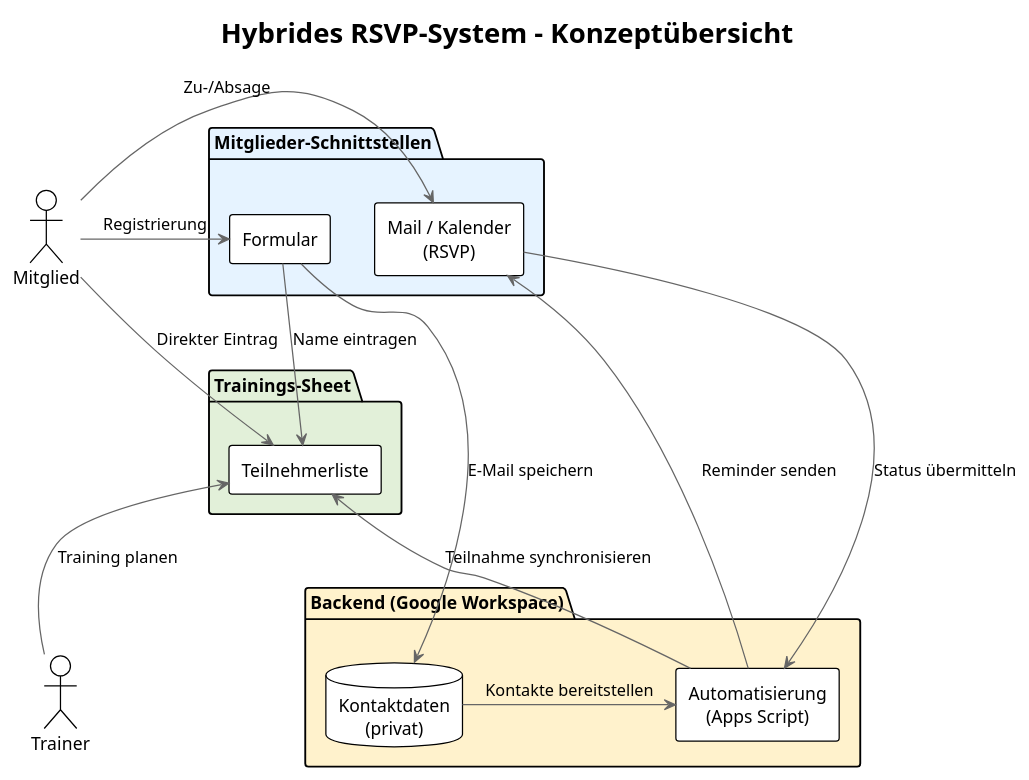
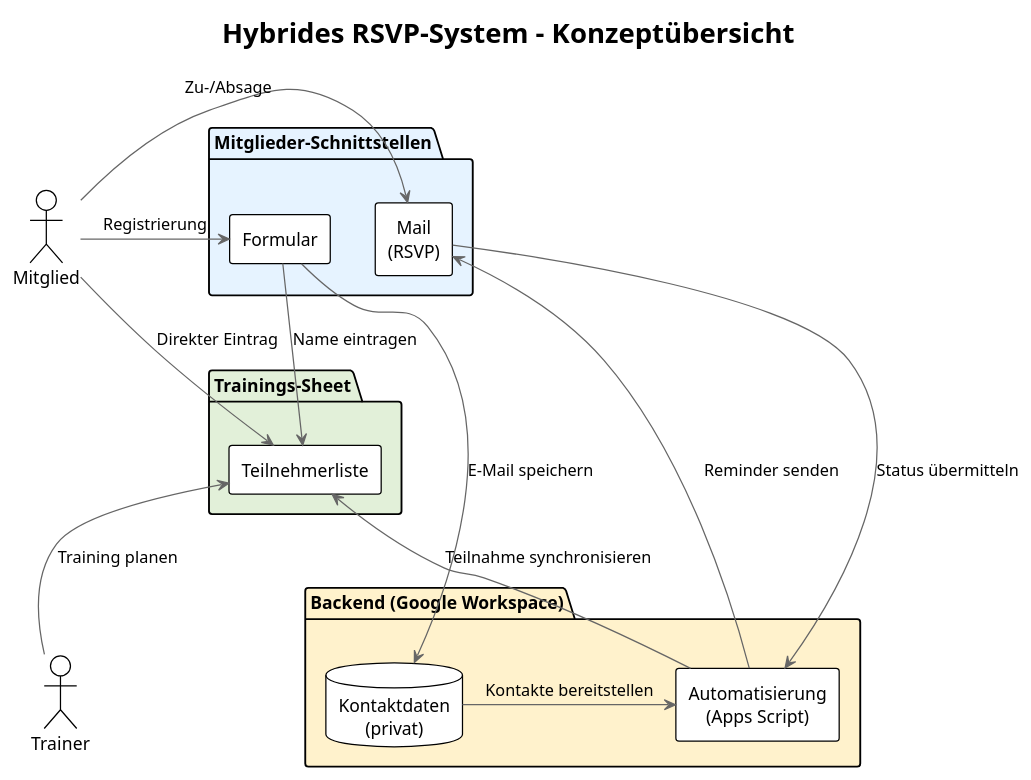
The diagram in docs/rsvp_concept.puml (Latissi/google-sheet-rsvp-integration), drawn with PlantUML before and after one commit. The commit also changed 6 other files, not shown here.

```diff
--- a/docs/rsvp_concept.puml
+++ b/docs/rsvp_concept.puml
@@ -1,47 +1,47 @@
 @startuml
 !theme plain
 skinparam componentStyle rectangle
 skinparam ArrowColor #666666
 skinparam defaultTextAlignment center
 skinparam packageBorderThickness 1.5
 skinparam ArrowThickness 1
 
 title Hybrides RSVP-System – Konzeptübersicht
 
 actor "Mitglied" as User
 actor "Trainer" as Trainer
 
 together {
     package "Mitglieder-Schnittstellen" #E6F3FF {
         component "Formular" as Form
-        component "Mail / Kalender\n(RSVP)" as RSVP
+        component "Mail\n(RSVP)" as RSVP
     }
 
     package "Trainings-Sheet" #E2F0D9 {
         component "Teilnehmerliste" as Sheet
     }
 }
 
 package "Backend (Google Workspace)" #FFF2CC {
     component "Automatisierung\n(Apps Script)" as Logic
     database "Kontaktdaten\n(privat)" as DB
 }
 
 ' --- User interactions (top row) ---
 User -right-> Form     : Registrierung
 User -down->  Sheet    : Direkter Eintrag
 User -right-> RSVP     : Zu-/Absage
 
 ' --- Onboarding flow ---
 Form -down-> DB        : E-Mail speichern
 Form -down-> Sheet     : Name eintragen
 
 ' --- Backend flows ---
 DB    -right-> Logic   : Kontakte bereitstellen
 Logic -up->    RSVP    : Reminder senden
 Logic -up->    Sheet   : Teilnahme synchronisieren
 RSVP  -down->  Logic   : Status übermitteln
 
 ' --- Trainer ---
 Trainer -up-> Sheet    : Training planen
 @enduml
```
